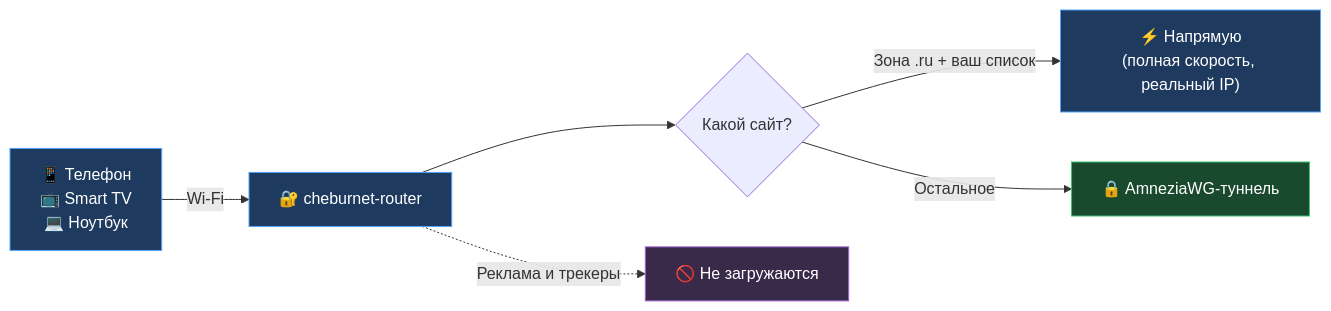
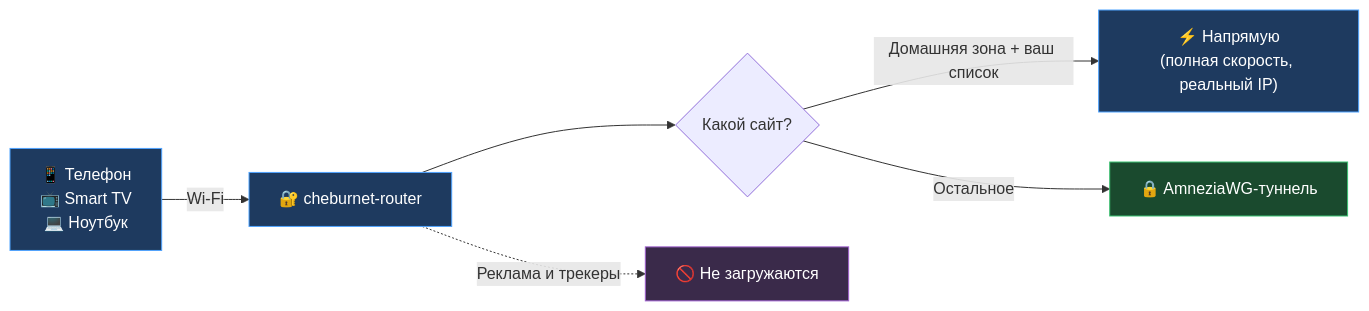
The diagram in README.md (andreiyurik/cheburnet-router), drawn with Mermaid before and after one commit. The commit also changed other lines of this file, not shown here.

First line of the commit message:
docs(readme): универсальное позиционирование — «домашняя зона», ru лишь пример дефолта

````diff
--- a/README.md
+++ b/README.md
@@ -62,15 +63,15 @@
 ```mermaid
 flowchart LR
     Phone["📱 Телефон<br/>📺 Smart TV<br/>💻 Ноутбук"] -->|"Wi-Fi"| Router["🔐 cheburnet-router"]
     Router --> Choice{"Какой сайт?"}
-    Choice -->|"Зона .ru + ваш список"| Direct["⚡ Напрямую<br/>(полная скорость, реальный IP)"]
+    Choice -->|"Домашняя зона + ваш список"| Direct["⚡ Напрямую<br/>(полная скорость, реальный IP)"]
     Choice -->|"Остальное"| VPN["🔒 AmneziaWG-туннель"]
     Router -.->|"Реклама и трекеры"| Block["🚫 Не загружаются"]
 
     classDef d fill:#1e3a5f,stroke:#4fa3ff,color:#fff
     classDef vpn fill:#1a4a2e,stroke:#3bc272,color:#fff
     classDef blk fill:#3a2a4a,stroke:#a060d0,color:#fff
     class Router,Phone,Direct d
     class VPN vpn
     class Block blk
 ```
````
